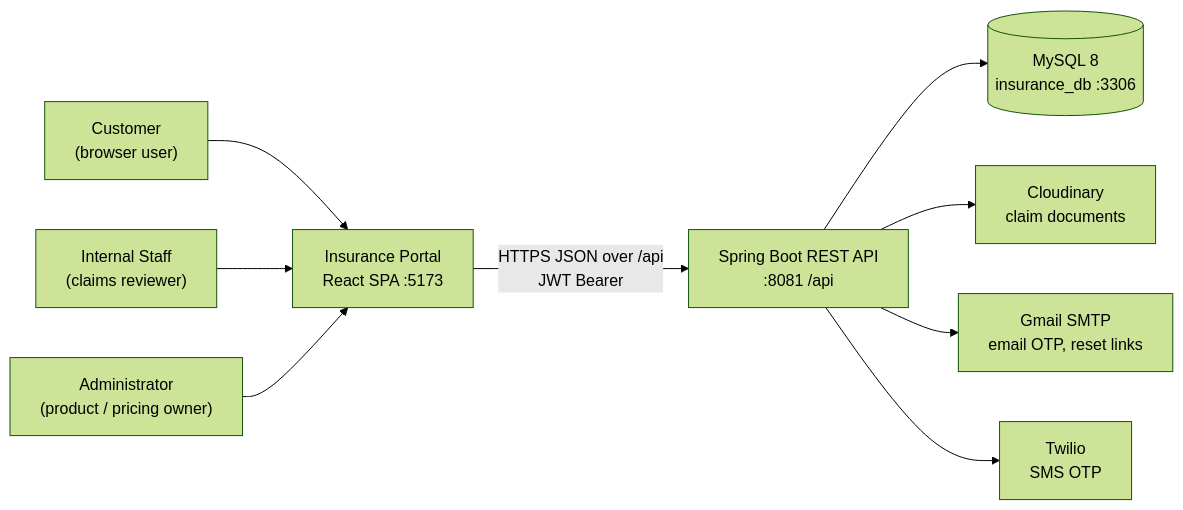
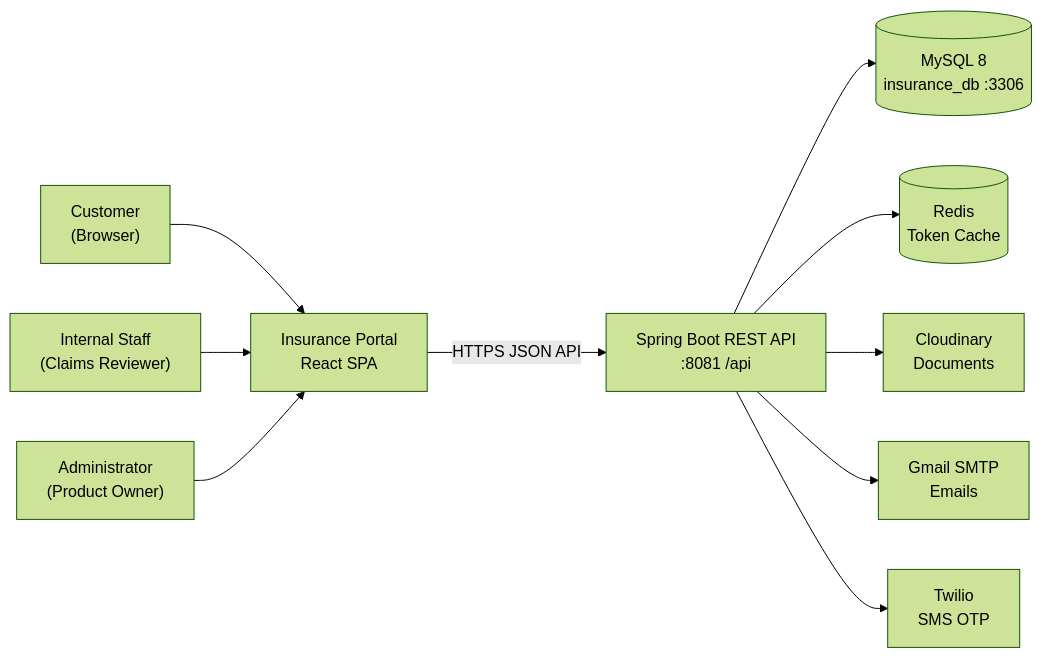
One commit to Gurry-12/insurance-policy-claim-capstone-project changed the fourth of 7 diagrams in docs/01_System_Architecture/High_Level_Architecture.md. Above: the diagram before and after it, drawn with Mermaid (forest theme). The commit also changed other lines of this file and 86 other files, not shown here.

````diff
--- a/docs/01_System_Architecture/High_Level_Architecture.md
+++ b/docs/01_System_Architecture/High_Level_Architecture.md
@@ -28,13 +84,14 @@
 ```mermaid
 flowchart LR
-    CU["Customer<br/>(browser user)"] --> UI["Insurance Portal<br/>React SPA :5173"]
-    ST["Internal Staff<br/>(claims reviewer)"] --> UI
-    AD["Administrator<br/>(product / pricing owner)"] --> UI
+    CU["Customer<br/>(Browser)"] --> UI["Insurance Portal<br/>React SPA"]
+    ST["Internal Staff<br/>(Claims Reviewer)"] --> UI
+    AD["Administrator<br/>(Product Owner)"] --> UI
 
-    UI -->|"HTTPS JSON over /api<br/>JWT Bearer"| API["Spring Boot REST API<br/>:8081 /api"]
+    UI -->|"HTTPS JSON API"| API["Spring Boot REST API<br/>:8081 /api"]
 
     API --> DB[("MySQL 8<br/>insurance_db :3306")]
-    API --> CL["Cloudinary<br/>claim documents"]
-    API --> SM["Gmail SMTP<br/>email OTP, reset links"]
+    API --> REDIS[("Redis<br/>Token Cache")]
+    API --> CL["Cloudinary<br/>Documents"]
+    API --> SM["Gmail SMTP<br/>Emails"]
     API --> TW["Twilio<br/>SMS OTP"]
 ```
````
